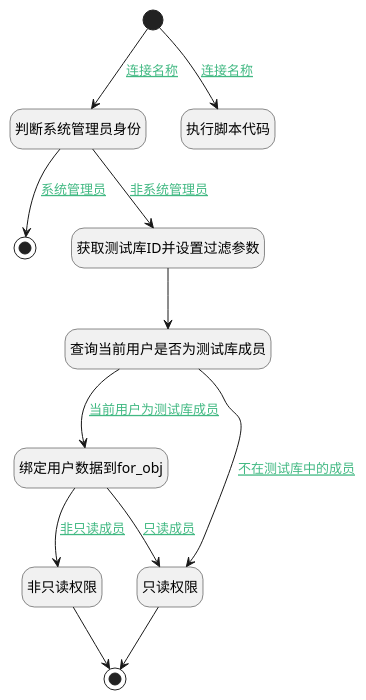
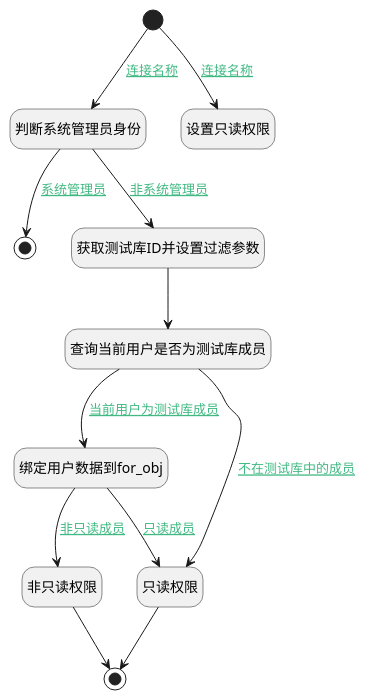
The diagram in doc/docsify/module/TestMgmt/test_case/logic/get_library_member.md (iBizLab/plm), drawn with PlantUML before and after one commit. The commit also changed other lines of this file and 1778 other files, not shown here.

````diff
--- a/doc/docsify/module/TestMgmt/test_case/logic/get_library_member.md
+++ b/doc/docsify/module/TestMgmt/test_case/logic/get_library_member.md
@@ -7,37 +7,37 @@
 ```plantuml
 @startuml
 hide empty description
 <style>
 root {
   HyperlinkColor #42b983
 }
 </style>
 
 hide empty description
 state "开始" as Begin <<start>> [[$./get_library_member#begin {"开始"}]]
 state "判断系统管理员身份" as RAWSFCODE3  [[$./get_library_member#rawsfcode3 {"判断系统管理员身份"}]]
 state "结束" as END2 <<end>> [[$./get_library_member#end2 {"结束"}]]
 state "获取测试库ID并设置过滤参数" as PREPAREPARAM2  [[$./get_library_member#prepareparam2 {"获取测试库ID并设置过滤参数"}]]
 state "查询当前用户是否为测试库成员" as DEDATASET3  [[$./get_library_member#dedataset3 {"查询当前用户是否为测试库成员"}]]
 state "绑定用户数据到for_obj" as PREPAREPARAM5  [[$./get_library_member#prepareparam5 {"绑定用户数据到for_obj"}]]
 state "只读权限" as RAWSFCODE1  [[$./get_library_member#rawsfcode1 {"只读权限"}]]
 state "非只读权限" as RAWSFCODE2  [[$./get_library_member#rawsfcode2 {"非只读权限"}]]
 state "结束" as END6 <<end>> [[$./get_library_member#end6 {"结束"}]]
-state "执行脚本代码" as RAWSFCODE4  [[$./get_library_member#rawsfcode4 {"执行脚本代码"}]]
+state "设置只读权限" as RAWSFCODE4  [[$./get_library_member#rawsfcode4 {"设置只读权限"}]]
 
 
 Begin --> RAWSFCODE3 : [[$./get_library_member#begin-rawsfcode3{连接名称} 连接名称]]
 RAWSFCODE3 --> PREPAREPARAM2 : [[$./get_library_member#rawsfcode3-prepareparam2{非系统管理员} 非系统管理员]]
 PREPAREPARAM2 --> DEDATASET3
 DEDATASET3 --> RAWSFCODE1 : [[$./get_library_member#dedataset3-rawsfcode1{不在测试库中的成员} 不在测试库中的成员]]
 RAWSFCODE1 --> END6
 DEDATASET3 --> PREPAREPARAM5 : [[$./get_library_member#dedataset3-prepareparam5{当前用户为测试库成员} 当前用户为测试库成员]]
 PREPAREPARAM5 --> RAWSFCODE2 : [[$./get_library_member#prepareparam5-rawsfcode2{非只读成员} 非只读成员]]
 RAWSFCODE2 --> END6
 PREPAREPARAM5 --> RAWSFCODE1 : [[$./get_library_member#prepareparam5-rawsfcode1{只读成员} 只读成员]]
 RAWSFCODE3 --> END2 : [[$./get_library_member#rawsfcode3-end2{系统管理员} 系统管理员]]
 Begin --> RAWSFCODE4 : [[$./get_library_member#begin-rawsfcode4{连接名称} 连接名称]]
 
 
 @enduml
 ```
````
